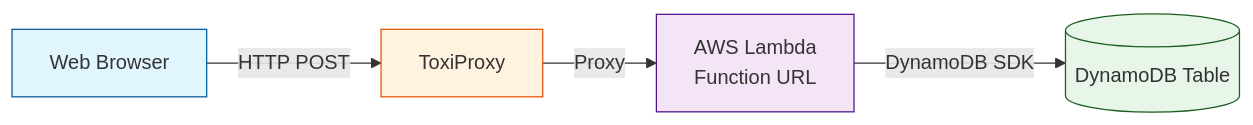
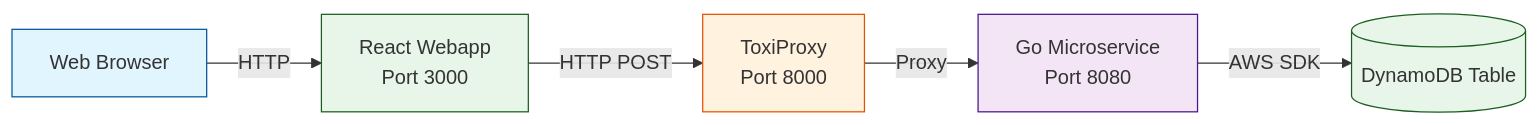
Before and after one commit to glennbechdevops/itevu4340: the diagram in README.md, drawn with Mermaid. The commit also changed other lines of this file and 2 other files, not shown here.

````diff
--- a/README.md
+++ b/README.md
@@ -43,11 +43,13 @@
 ```mermaid
 graph LR
-    A[Web Browser] -->|HTTP POST| B[ToxiProxy]
-    B -->|Proxy| C[AWS Lambda<br/>Function URL]
-    C -->|DynamoDB SDK| D[(DynamoDB Table)]
+    A[Web Browser] -->|HTTP| B[React Webapp<br/>Port 3000]
+    B -->|HTTP POST| C[ToxiProxy<br/>Port 8000]
+    C -->|Proxy| D[Go Microservice<br/>Port 8080]
+    D -->|AWS SDK| E[(DynamoDB Table)]
 
     style A fill:#e1f5ff,stroke:#01579b
-    style B fill:#fff3e0,stroke:#e65100
-    style C fill:#f3e5f5,stroke:#4a148c
-    style D fill:#e8f5e9,stroke:#1b5e20
+    style B fill:#e8f5e9,stroke:#1b5e20
+    style C fill:#fff3e0,stroke:#e65100
+    style D fill:#f3e5f5,stroke:#4a148c
+    style E fill:#e8f5e9,stroke:#1b5e20
 ```
````
